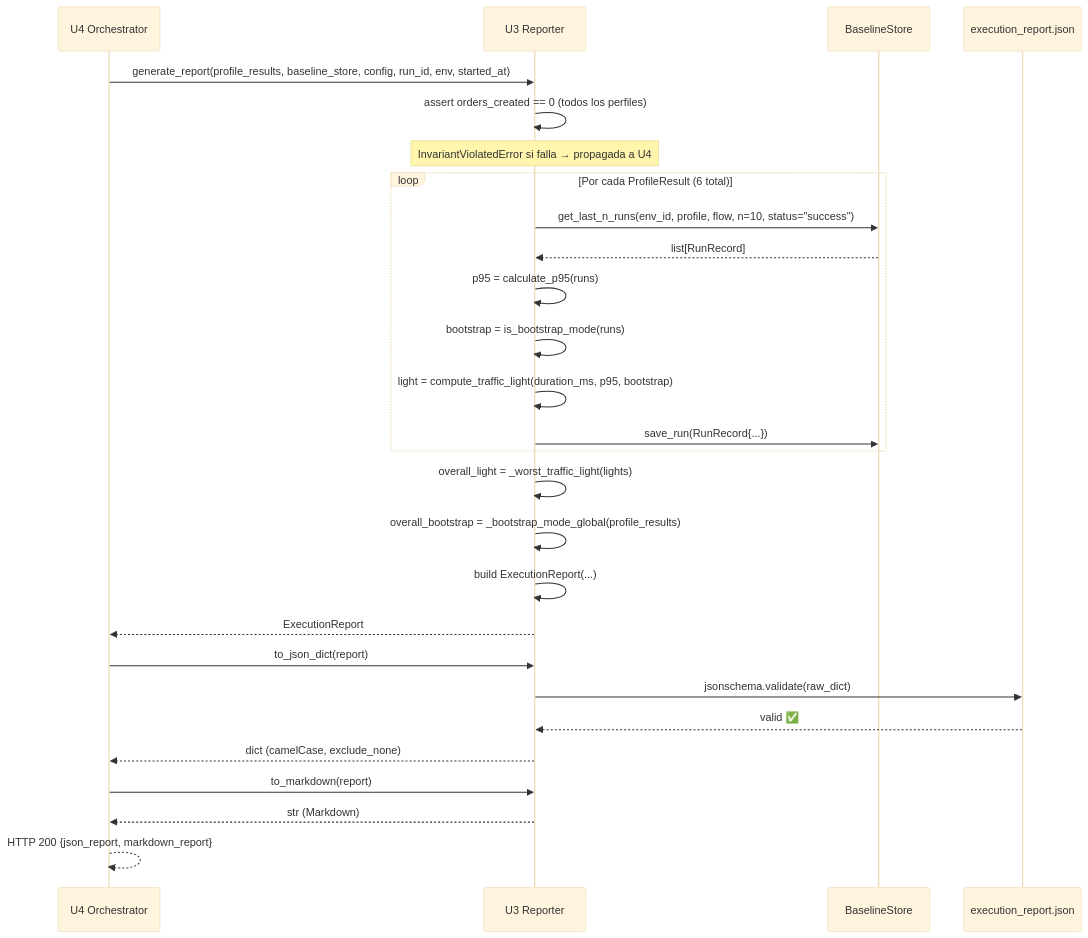
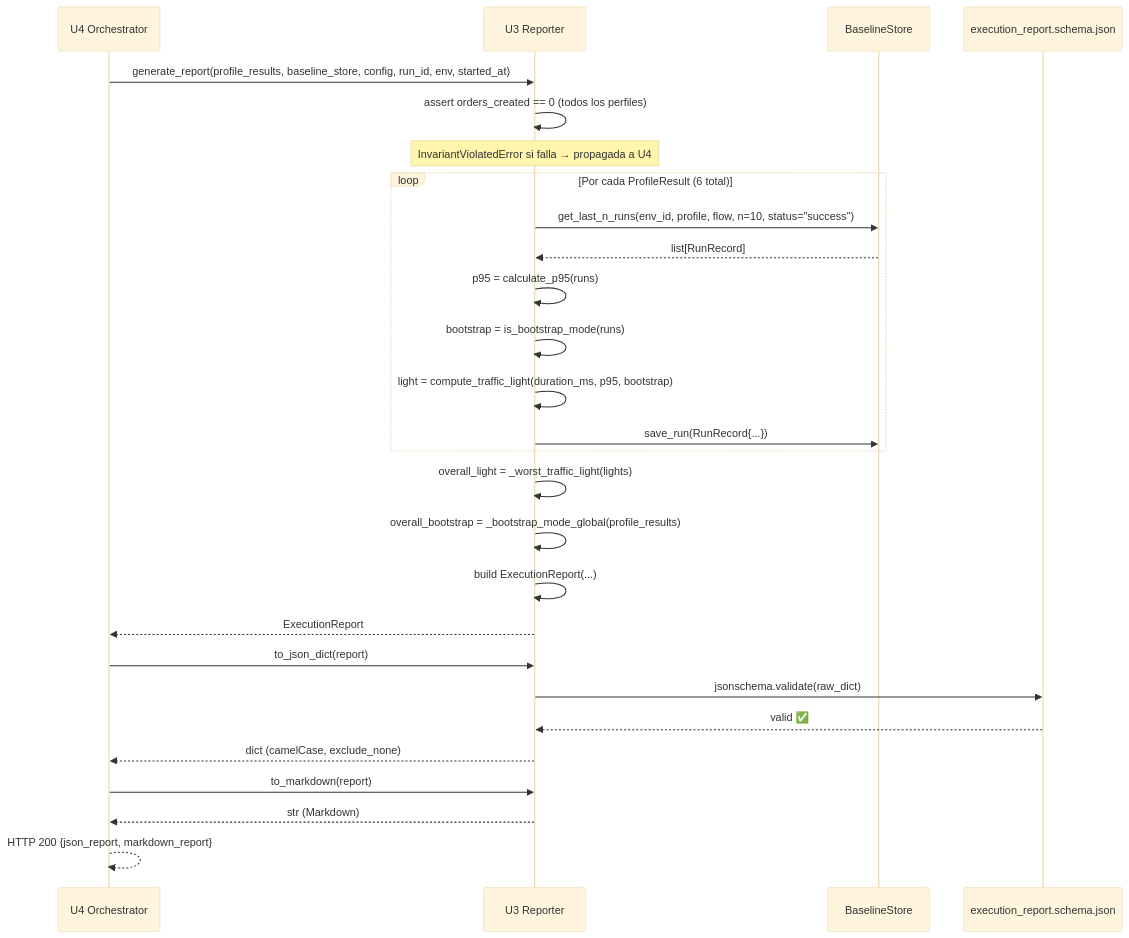
The second of 2 diagrams in aidlc-docs/construction/u3/infrastructure-design/deployment-architecture.md (cristiancadiaz/TestPilot-SFCC), drawn with Mermaid (base theme) before and after one commit. The commit also changed other lines of this file and 23 other files, not shown here.

Commit message:
docs: align execution_report schema references after rename

````diff
--- a/aidlc-docs/construction/u3/infrastructure-design/deployment-architecture.md
+++ b/aidlc-docs/construction/u3/infrastructure-design/deployment-architecture.md
@@ -73,36 +73,36 @@
 ```mermaid
 sequenceDiagram
     participant U4 as U4 Orchestrator
     participant U3 as U3 Reporter
     participant U2 as BaselineStore
-    participant SCHEMA as execution_report.json
+    participant SCHEMA as execution_report.schema.json
 
     U4->>U3: generate_report(profile_results, baseline_store, config, run_id, env, started_at)
 
     U3->>U3: assert orders_created == 0 (todos los perfiles)
     Note over U3: InvariantViolatedError si falla → propagada a U4
 
     loop Por cada ProfileResult (6 total)
         U3->>U2: get_last_n_runs(env_id, profile, flow, n=10, status="success")
         U2-->>U3: list[RunRecord]
         U3->>U3: p95 = calculate_p95(runs)
         U3->>U3: bootstrap = is_bootstrap_mode(runs)
         U3->>U3: light = compute_traffic_light(duration_ms, p95, bootstrap)
         U3->>U2: save_run(RunRecord{...})
     end
 
     U3->>U3: overall_light = _worst_traffic_light(lights)
     U3->>U3: overall_bootstrap = _bootstrap_mode_global(profile_results)
     U3->>U3: build ExecutionReport(...)
     U3-->>U4: ExecutionReport
 
     U4->>U3: to_json_dict(report)
     U3->>SCHEMA: jsonschema.validate(raw_dict)
     SCHEMA-->>U3: valid ✅
     U3-->>U4: dict (camelCase, exclude_none)
 
     U4->>U3: to_markdown(report)
     U3-->>U4: str (Markdown)
 
     U4-->>U4: HTTP 200 {json_report, markdown_report}
 ```
````
